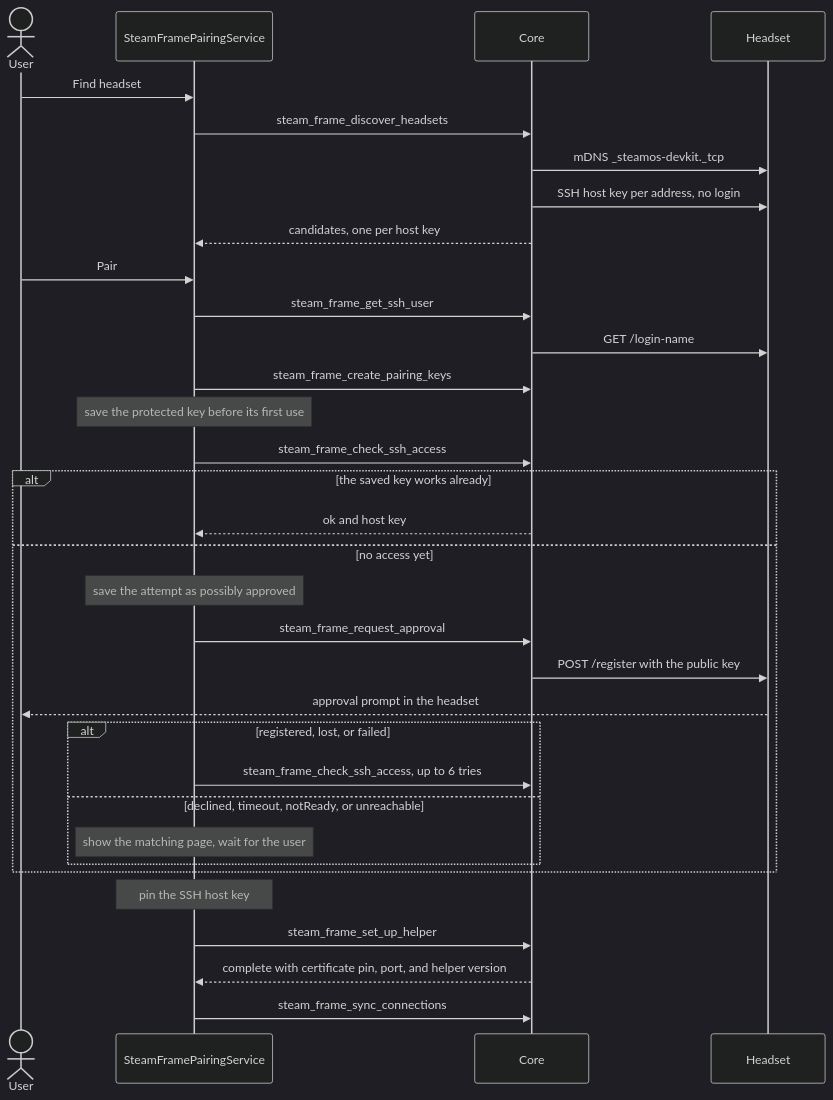
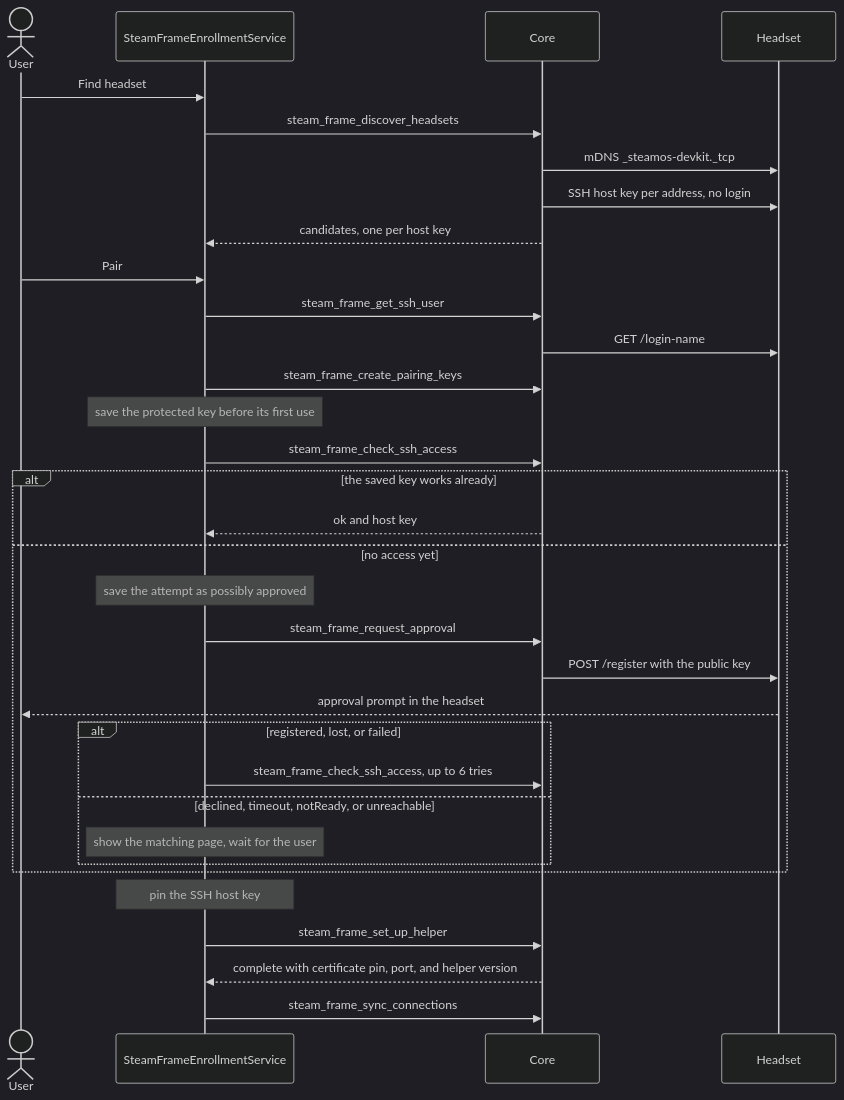
One commit to Raphiiko/OyasumiVR changed the second of 7 diagrams in docs/agents/steam-frame-pairing.md. Above: the diagram before and after it, drawn with Mermaid (dark theme). The commit also changed other lines of this file and 18 other files, not shown here.

First line of the commit message:
refactor: split SteamFramePairingService into two services

````diff
--- a/docs/agents/steam-frame-pairing.md
+++ b/docs/agents/steam-frame-pairing.md
@@ -54,36 +71,36 @@
 ```mermaid
 sequenceDiagram
   actor User
-  participant S as SteamFramePairingService
+  participant S as SteamFrameEnrollmentService
   participant C as Core
   participant H as Headset
 
   User->>S: Find headset
   S->>C: steam_frame_discover_headsets
   C->>H: mDNS _steamos-devkit._tcp
   C->>H: SSH host key per address, no login
   C-->>S: candidates, one per host key
   User->>S: Pair
   S->>C: steam_frame_get_ssh_user
   C->>H: GET /login-name
   S->>C: steam_frame_create_pairing_keys
   Note over S: save the protected key before its first use
   S->>C: steam_frame_check_ssh_access
   alt the saved key works already
     C-->>S: ok and host key
   else no access yet
     Note over S: save the attempt as possibly approved
     S->>C: steam_frame_request_approval
     C->>H: POST /register with the public key
     H-->>User: approval prompt in the headset
     alt registered, lost, or failed
       S->>C: steam_frame_check_ssh_access, up to 6 tries
     else declined, timeout, notReady, or unreachable
       Note over S: show the matching page, wait for the user
     end
   end
   Note over S: pin the SSH host key
   S->>C: steam_frame_set_up_helper
   C-->>S: complete with certificate pin, port, and helper version
   S->>C: steam_frame_sync_connections
 ```
````
